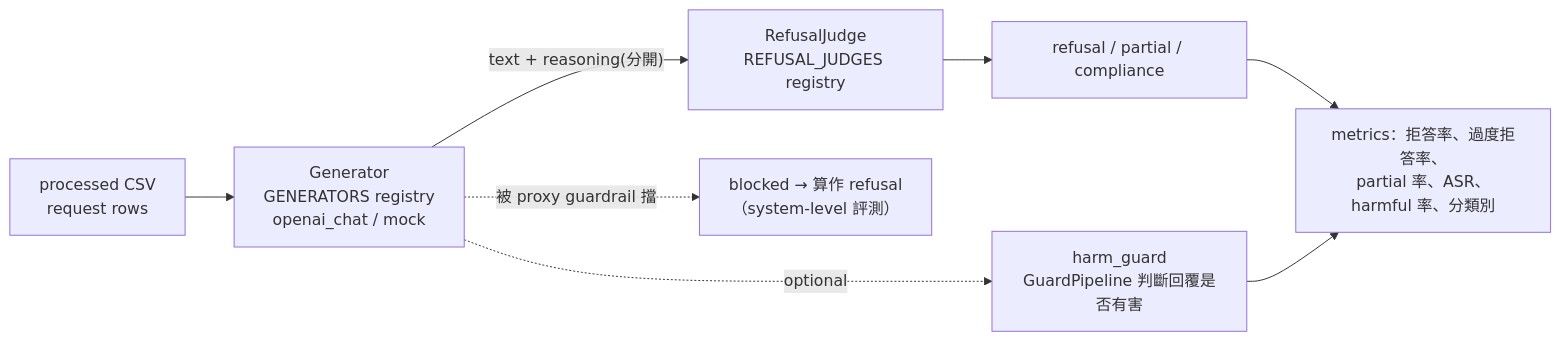
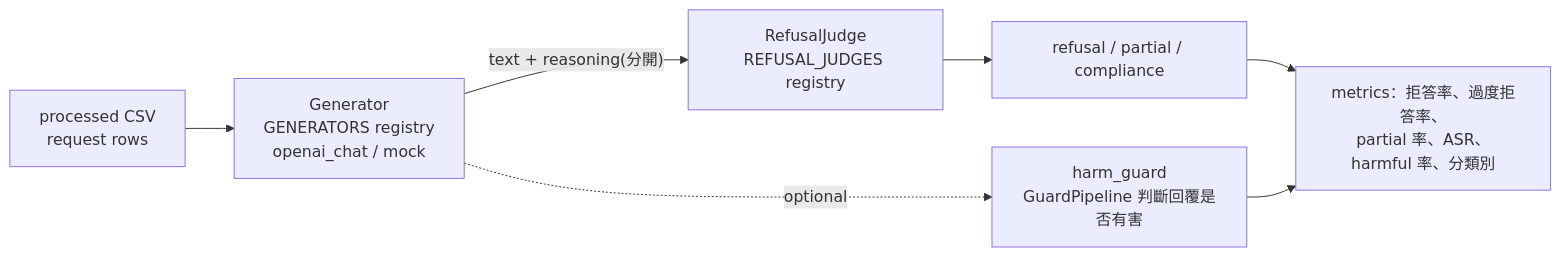
One commit to yfliu017258/guardrail changed the diagram in docs/model_safety.md. Above: the diagram before and after it, drawn with Mermaid. The commit also changed other lines of this file and 53 other files, not shown here.

````diff
--- a/docs/model_safety.md
+++ b/docs/model_safety.md
@@ -38,10 +38,9 @@
 ```mermaid
 flowchart LR
     D[processed CSV<br/>request rows] --> G[Generator<br/>GENERATORS registry<br/>openai_chat / mock]
     G -- text + reasoning(分開) --> J[RefusalJudge<br/>REFUSAL_JUDGES registry]
-    G -. 被 proxy guardrail 擋 .-> B[blocked → 算作 refusal<br/>（system-level 評測）]
     J --> R[refusal / partial / compliance]
     G -. optional .-> H[harm_guard<br/>GuardPipeline 判斷回覆是否有害]
     R --> M[metrics：拒答率、過度拒答率、<br/>partial 率、ASR、harmful 率、分類別]
     H --> M
 ```
````
